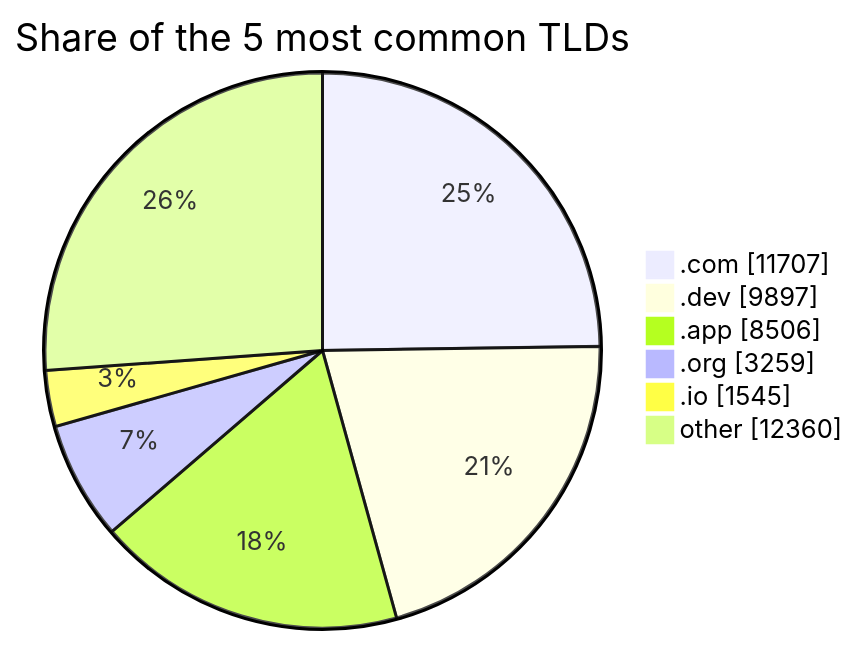
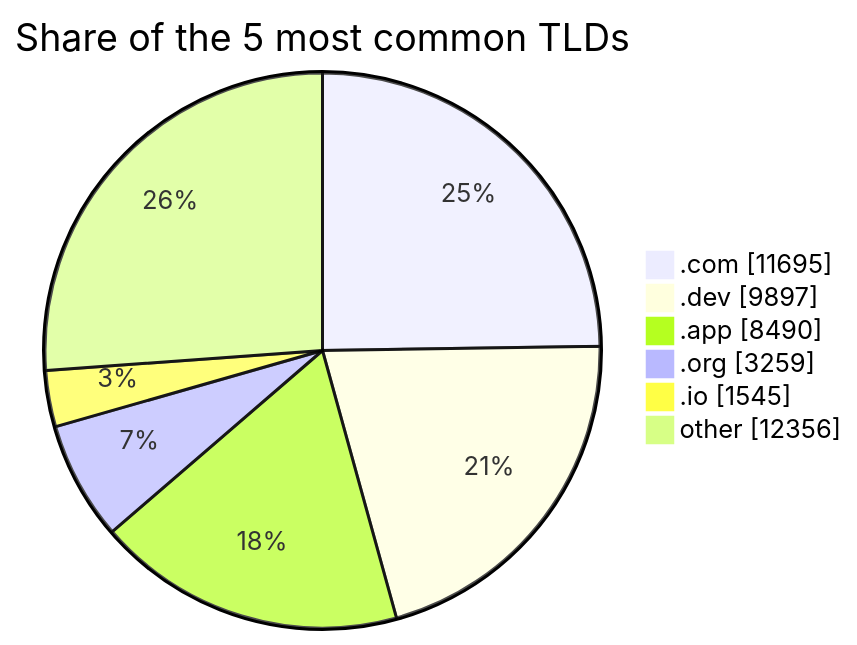
One commit to DNSBunker/CTI changed the third of 3 diagrams in README.md. Above: the diagram before and after it, drawn with Mermaid. The commit also changed other lines of this file and 3 other files, not shown here.

````diff
--- a/README.md
+++ b/README.md
@@ -81,9 +81,9 @@
 ```mermaid
 pie showData title Share of the 5 most common TLDs
-    ".com" : 11707
+    ".com" : 11695
     ".dev" : 9897
-    ".app" : 8506
+    ".app" : 8490
     ".org" : 3259
     ".io" : 1545
-    "other" : 12360
+    "other" : 12356
 ```
````
